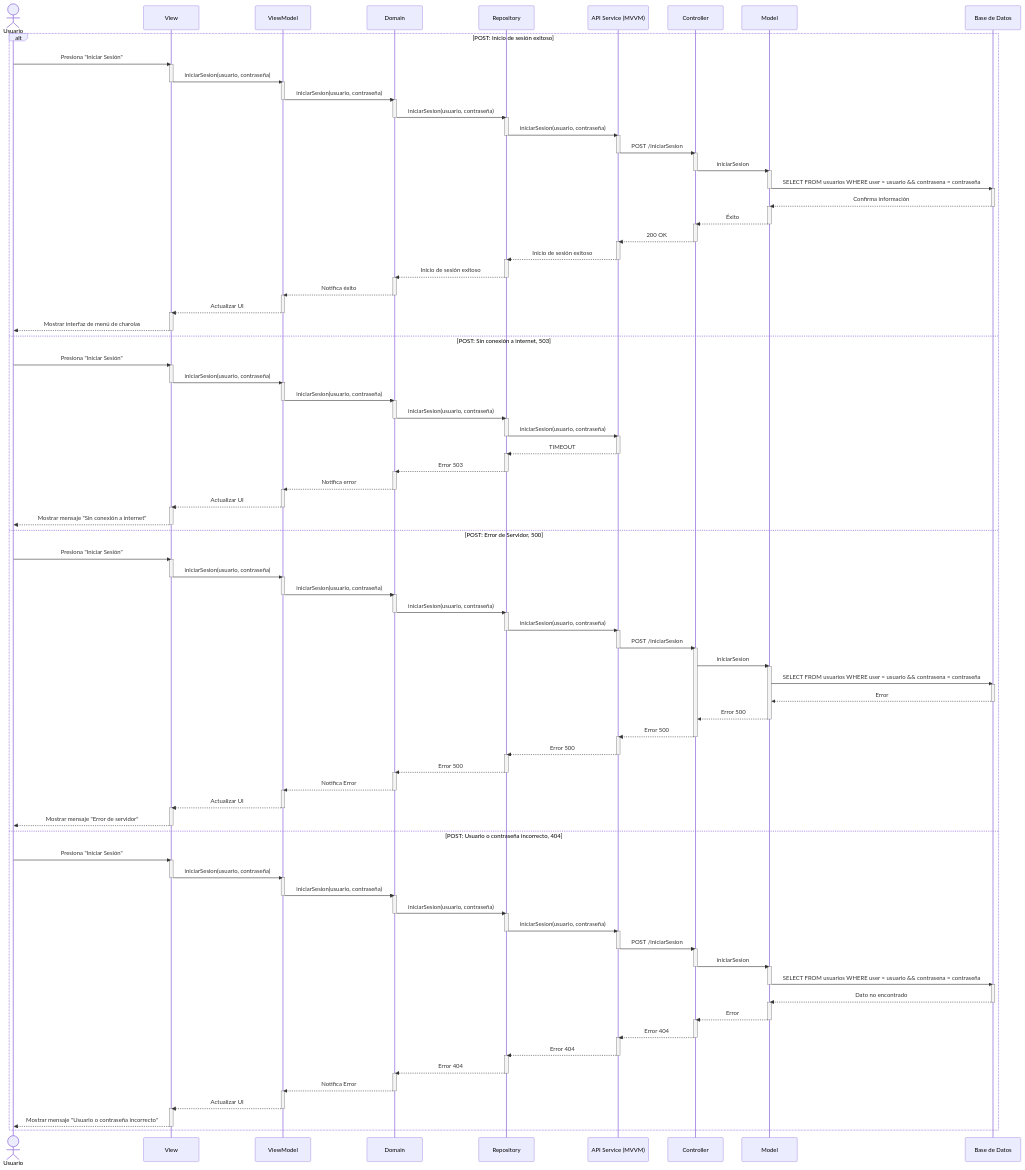
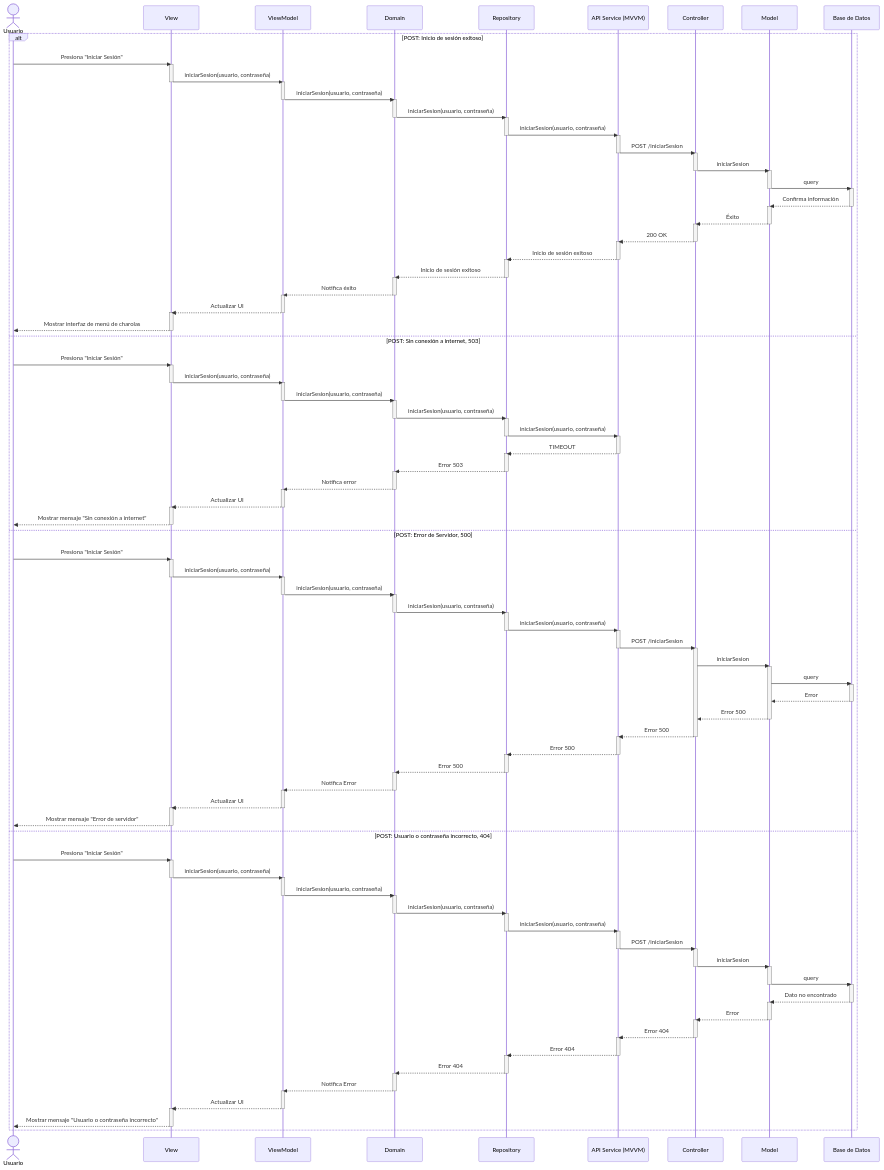
Before and after one commit to CodeAnd-Co/Documentacion: the diagram in documentation/docs/proyectos/larvas/documentacion/requisitos/RF1.md, drawn with Mermaid. The commit also changed other lines of this file and 21 other files, not shown here.

```diff
--- a/documentation/docs/proyectos/larvas/documentacion/requisitos/RF1.md
+++ b/documentation/docs/proyectos/larvas/documentacion/requisitos/RF1.md
@@ -60,7 +60,7 @@
         deactivate Controller
         activate Model
 
-        Model->>Database: SELECT FROM usuarios WHERE user = usuario && contrasena = contraseña
+        Model->>Database: query
         deactivate Model
         activate Database
 
@@ -160,7 +160,7 @@
         Controller->>Model: iniciarSesion
         activate Model
 
-        Model->>Database: SELECT FROM usuarios WHERE user = usuario && contrasena = contraseña
+        Model->>Database: query
         activate Database
 
         Database-->>Model: Error
@@ -220,7 +220,7 @@
         deactivate Controller
         activate Model
 
-        Model->>Database: SELECT FROM usuarios WHERE user = usuario && contrasena = contraseña
+        Model->>Database: query
         deactivate Model
         activate Database
 
```
